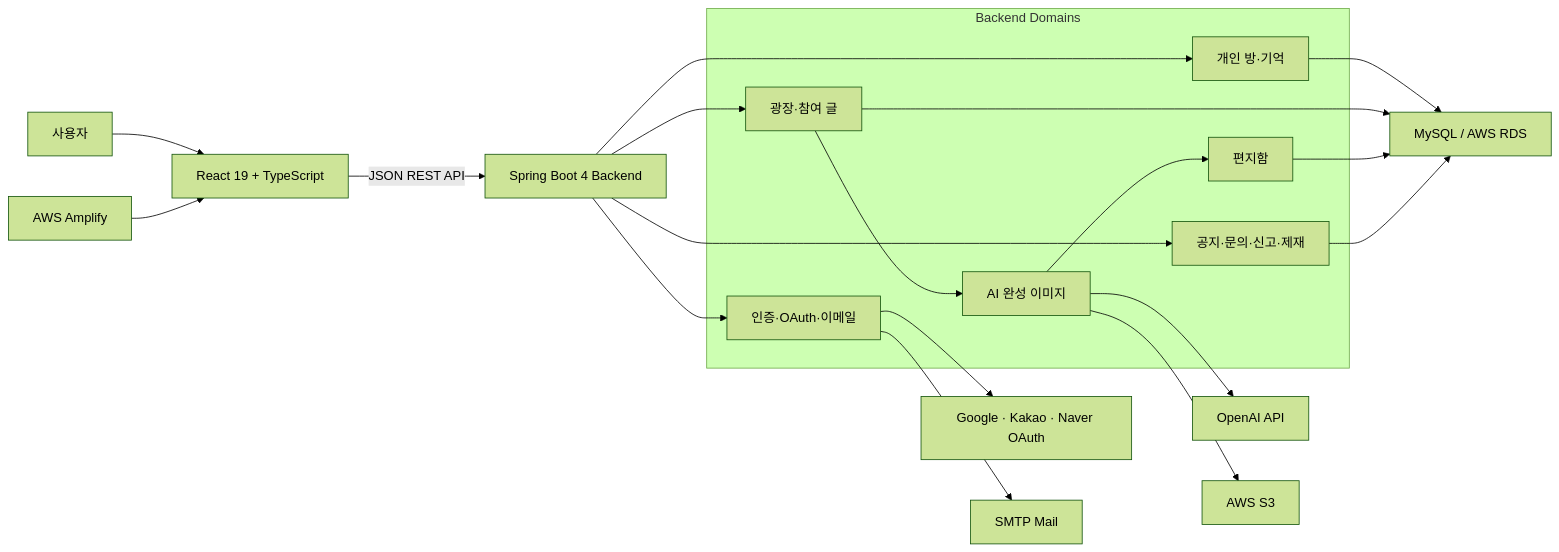
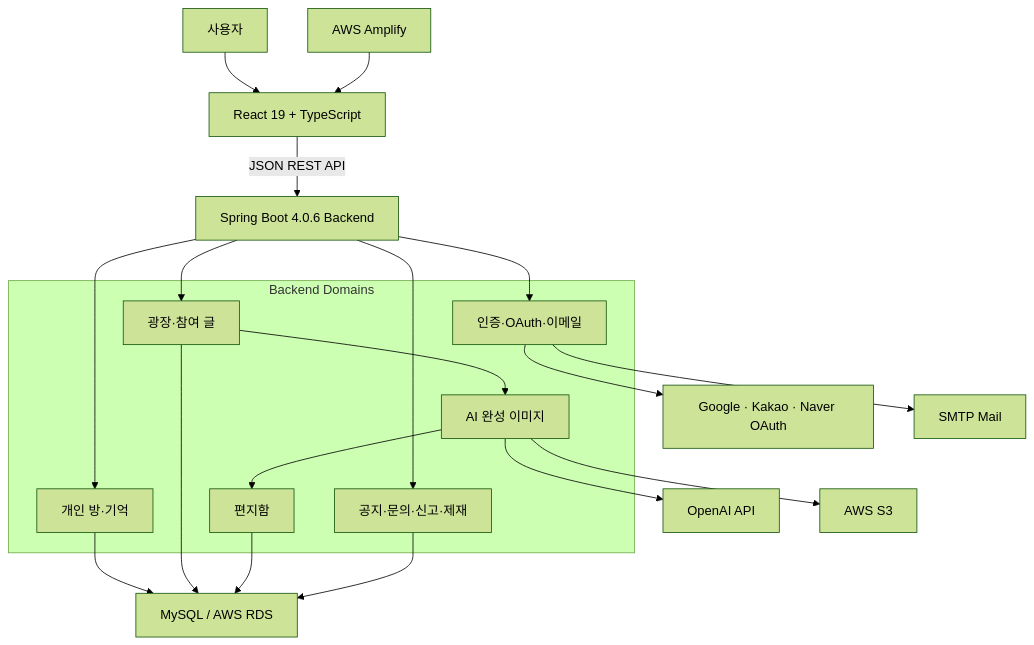
Before and after one commit to junyeong2107/weather-of-the-heart-portfolio: the first of 9 diagrams in docs/ARCHITECTURE.md, drawn with Mermaid (forest theme). The commit also changed other lines of this file and 5 other files, not shown here.

````diff
--- a/docs/ARCHITECTURE.md
+++ b/docs/ARCHITECTURE.md
@@ -13,31 +14,31 @@
 ```mermaid
-flowchart LR
+flowchart TB
     User["사용자"] --> Web["React 19 + TypeScript"]
     Amplify["AWS Amplify"] --> Web
-    Web -->|"JSON REST API"| API["Spring Boot 4 Backend"]
+    Web -->|"JSON REST API"| API["Spring Boot 4.0.6 Backend"]
 
     subgraph BackendDomains["Backend Domains"]
         Auth["인증·OAuth·이메일"]
         Memory["개인 방·기억"]
         Plaza["광장·참여 글"]
         Completion["AI 완성 이미지"]
         Mailbox["편지함"]
         Admin["공지·문의·신고·제재"]
     end
 
     API --> Auth
     API --> Memory
     API --> Plaza
     Plaza --> Completion
     Completion --> Mailbox
     API --> Admin
 
     Auth --> OAuth["Google · Kakao · Naver OAuth"]
     Auth --> SMTP["SMTP Mail"]
     Memory --> DB["MySQL / AWS RDS"]
     Plaza --> DB
     Mailbox --> DB
     Admin --> DB
     Completion --> OpenAI["OpenAI API"]
     Completion --> S3["AWS S3"]
 ```
````
